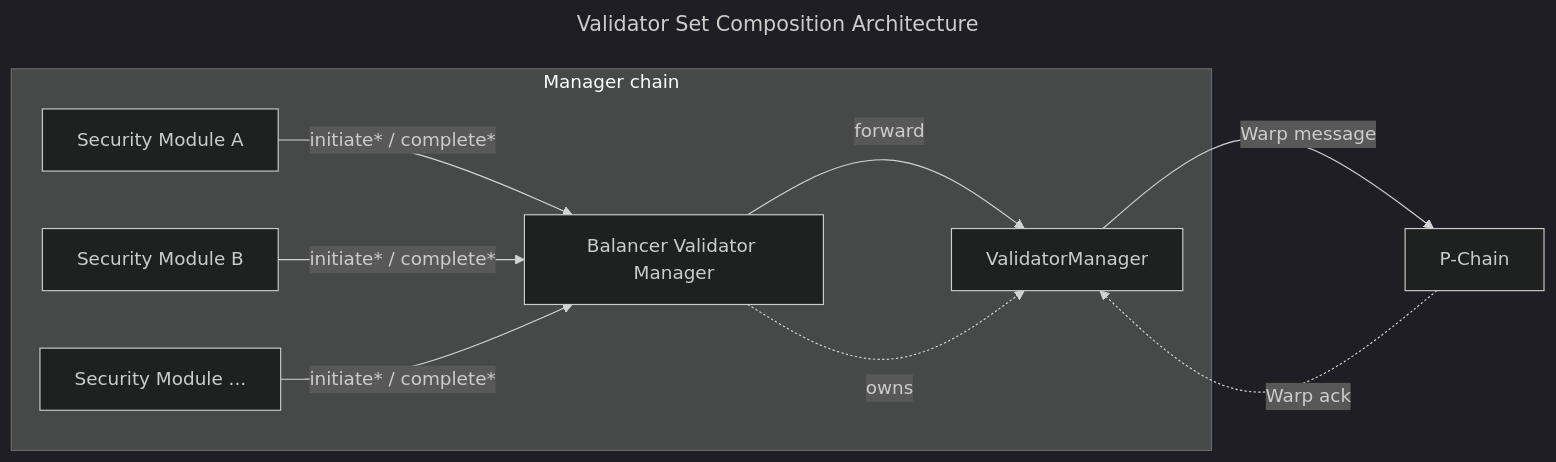
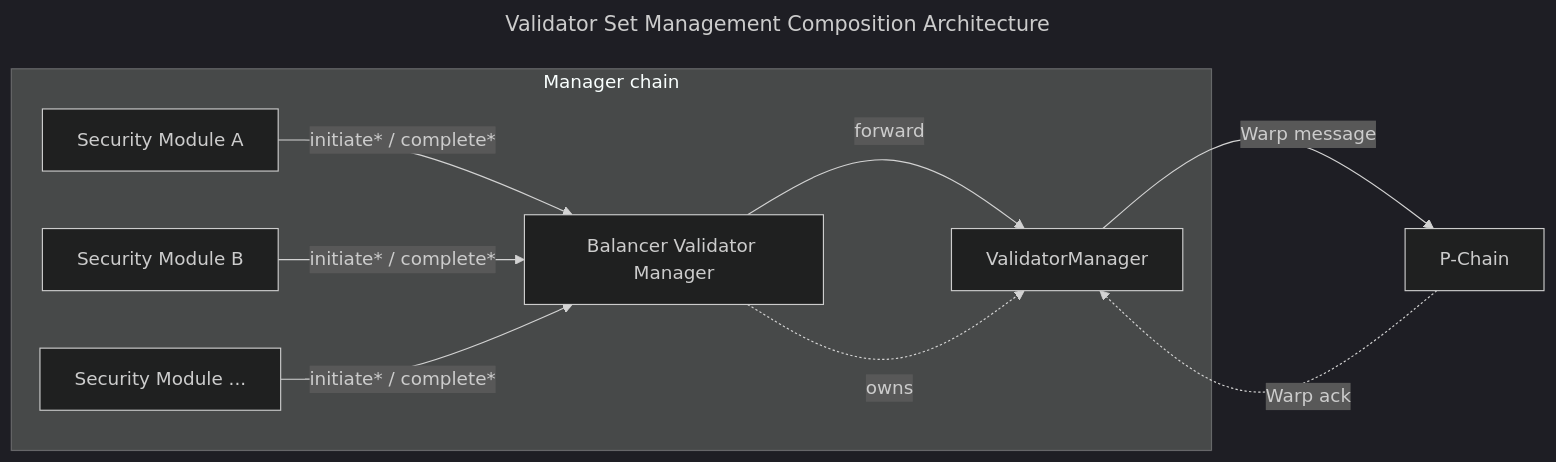
The diagram in ACPs/280-validator-set-composition/README.md (gonzaloetjo/ACPs), drawn with Mermaid (dark theme) before and after one commit. The commit also changed other lines of this file, not shown here.

````diff
--- a/ACPs/280-validator-set-composition/README.md
+++ b/ACPs/280-validator-set-composition/README.md
@@ -41,20 +41,20 @@
 ```mermaid
 ---
-title: Validator Set Composition Architecture
+title: Validator Set Management Composition Architecture
 ---
 graph LR
     subgraph "Manager chain"
         SM1[Security Module A]
         SM2[Security Module B]
         SM3[Security Module ...]
         C[Balancer Validator Manager]
         VM[ValidatorManager]
     end
     P[P-Chain]
 
     SM1 & SM2 & SM3 -->|"initiate* / complete*"| C
     C -->|forward| VM
     VM -->|Warp message| P
     P -.->|Warp ack| VM
     C -.->|owns| VM
 ```
````
